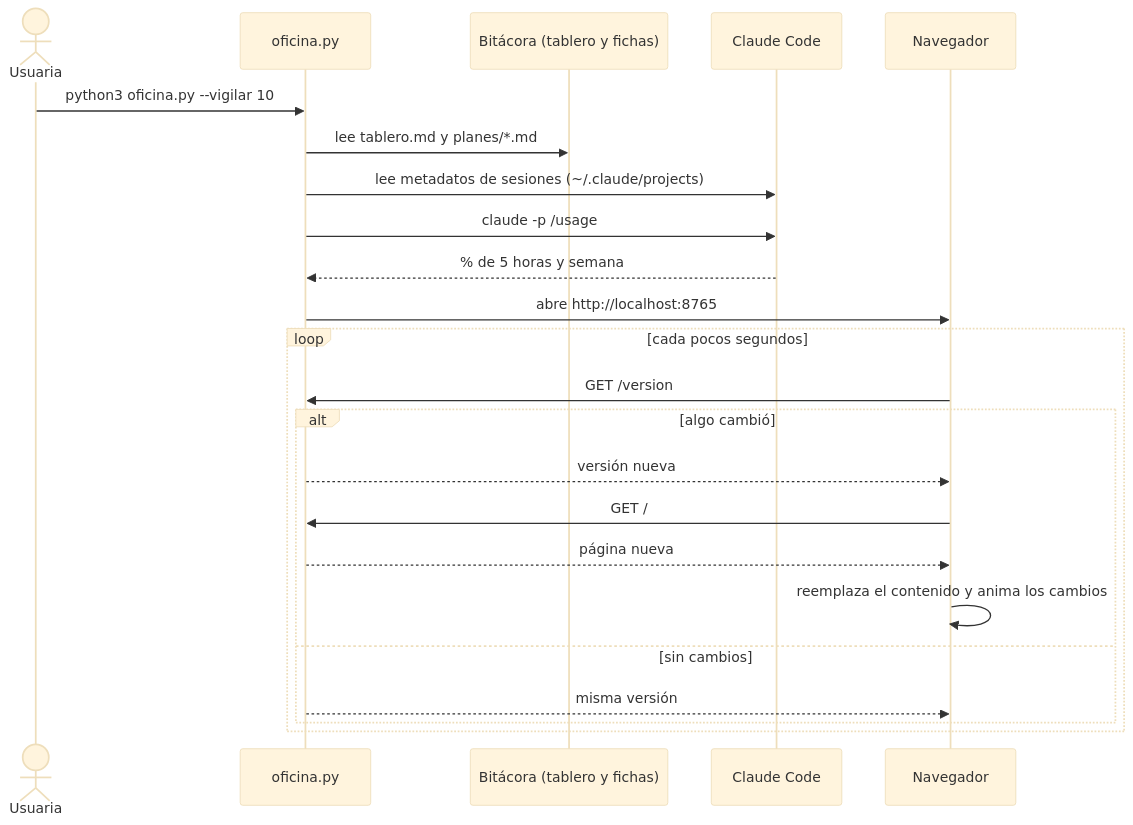
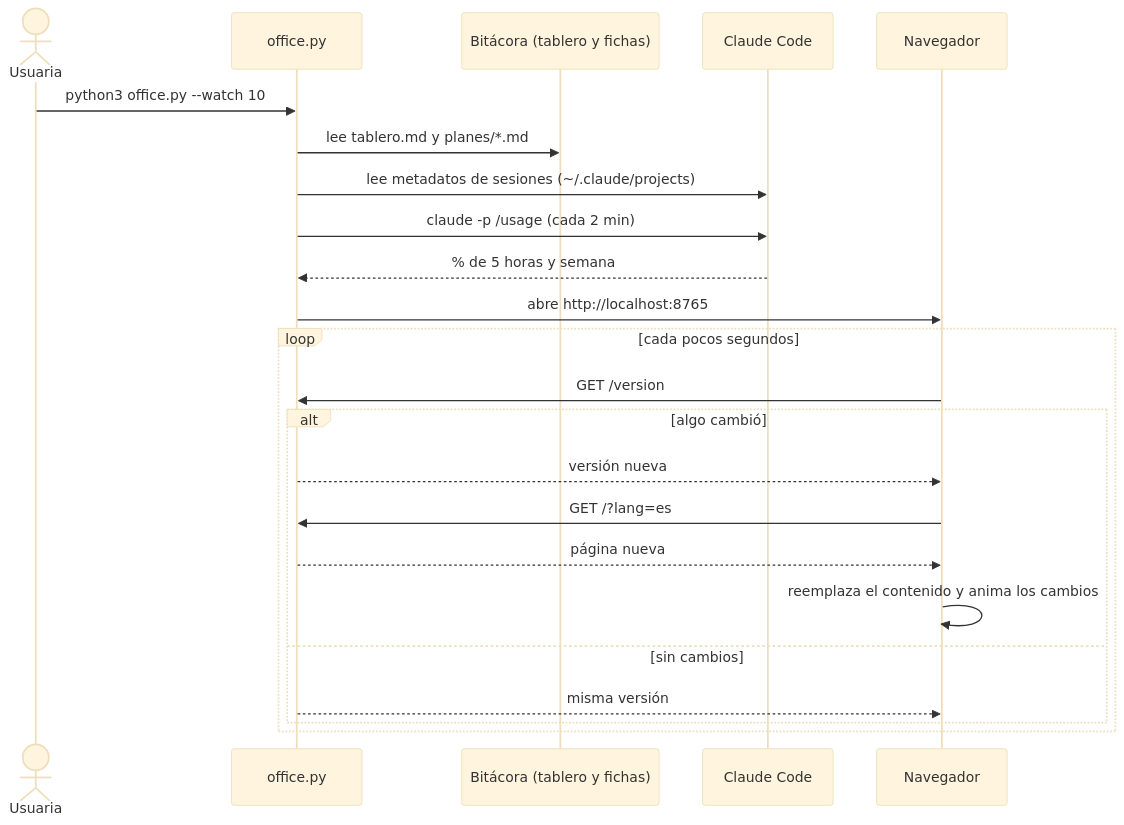
One commit to nathaliascode/agents-office changed the second of 3 diagrams in README.md. Above: the diagram before and after it, drawn with Mermaid (base theme). The commit also changed other lines of this file and 30 other files, not shown here.

````diff
--- a/README.md
+++ b/README.md
@@ -88,26 +92,26 @@
 ```mermaid
 sequenceDiagram
     actor U as Usuaria
-    participant O as oficina.py
+    participant O as office.py
     participant B as Bitácora (tablero y fichas)
     participant C as Claude Code
     participant N as Navegador
 
-    U->>O: python3 oficina.py --vigilar 10
+    U->>O: python3 office.py --watch 10
     O->>B: lee tablero.md y planes/*.md
     O->>C: lee metadatos de sesiones (~/.claude/projects)
-    O->>C: claude -p /usage
+    O->>C: claude -p /usage (cada 2 min)
     C-->>O: % de 5 horas y semana
     O->>N: abre http://localhost:8765
     loop cada pocos segundos
         N->>O: GET /version
         alt algo cambió
             O-->>N: versión nueva
-            N->>O: GET /
+            N->>O: GET /?lang=es
             O-->>N: página nueva
             N->>N: reemplaza el contenido y anima los cambios
         else sin cambios
             O-->>N: misma versión
         end
     end
 ```
````
